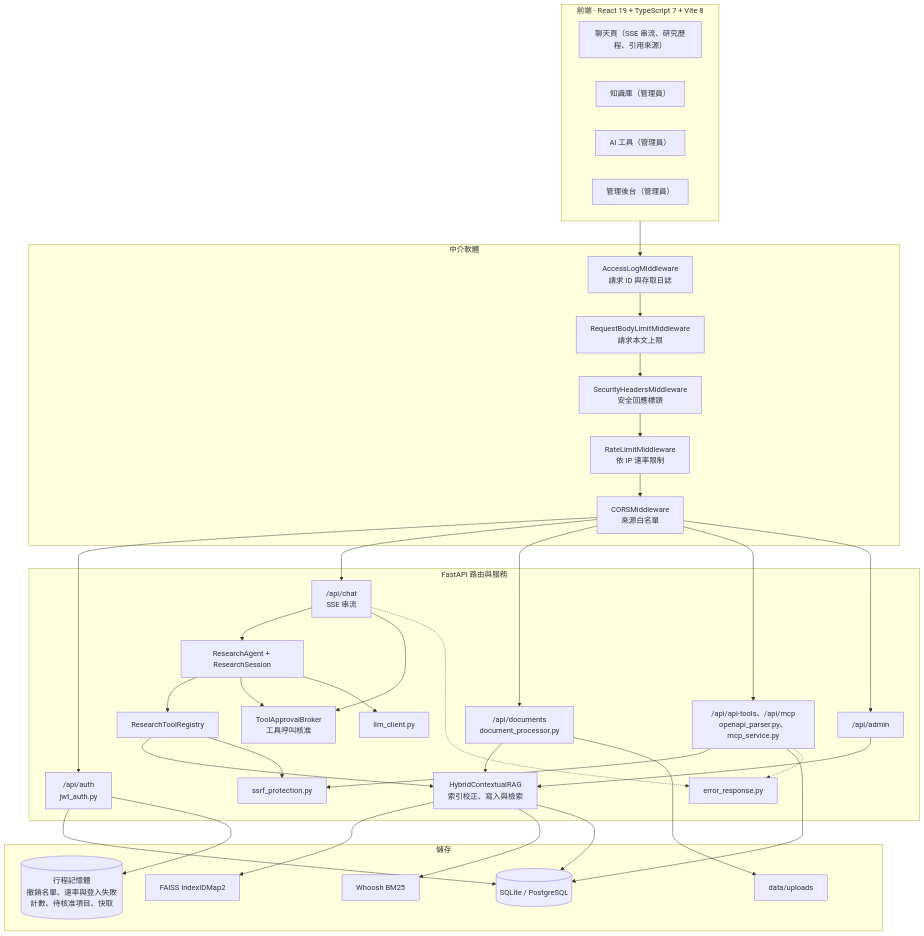
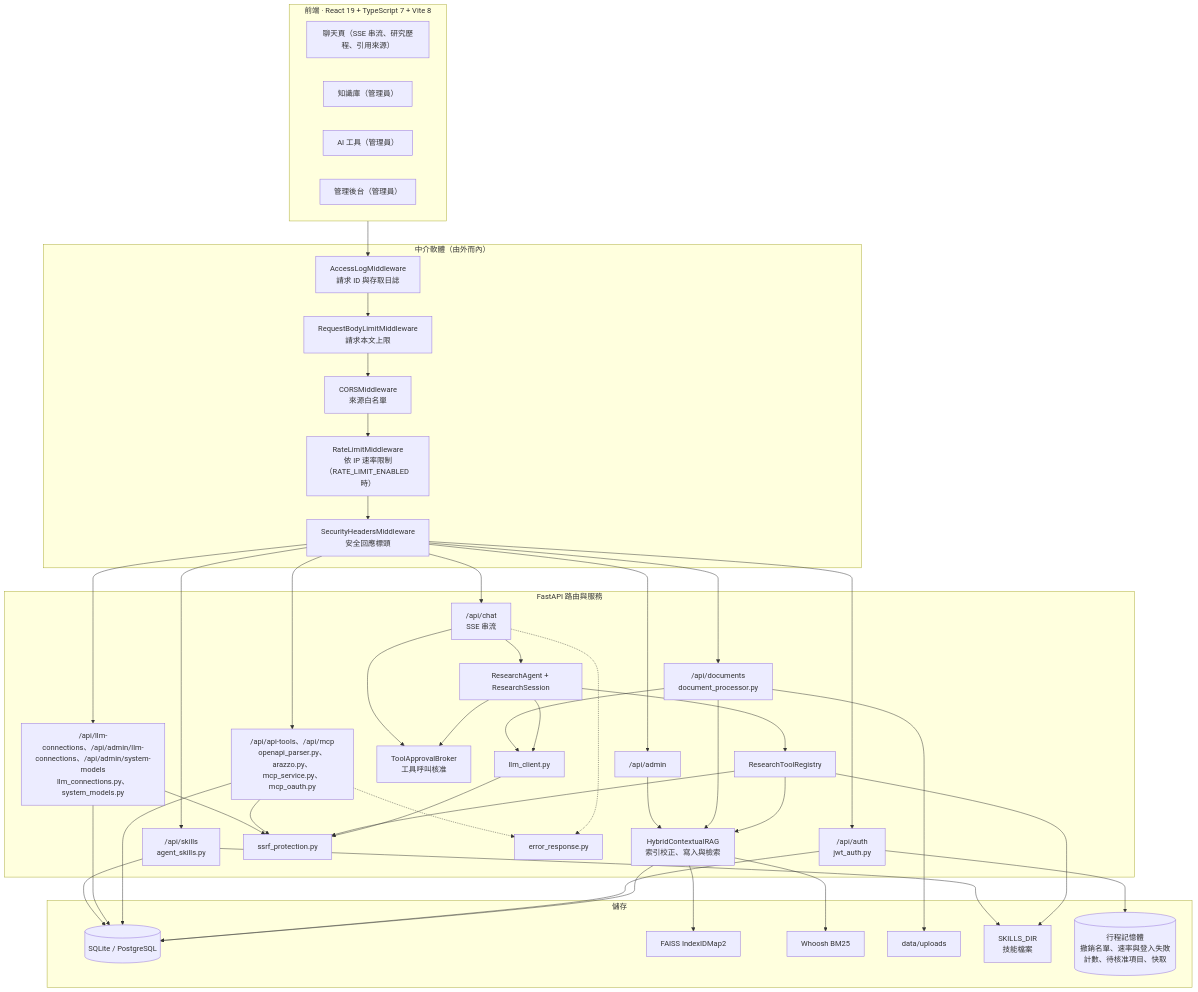
The first of 9 diagrams in docs/architecture.md (Scorpio-meow/AskMiao), drawn with Mermaid before and after one commit. The commit also changed other lines of this file and 336 other files, not shown here.

````diff
--- a/docs/architecture.md
+++ b/docs/architecture.md
@@ -30,60 +30,70 @@
 ```mermaid
 flowchart TB
     subgraph Client ["前端 · React 19 + TypeScript 7 + Vite 8"]
         ChatUI["聊天頁（SSE 串流、研究歷程、引用來源）"]
         DocsUI["知識庫（管理員）"]
         ToolsUI["AI 工具（管理員）"]
         AdminUI["管理後台（管理員）"]
     end
 
-    subgraph Gateway ["中介軟體"]
+    subgraph Gateway ["中介軟體（由外而內）"]
         AccessLog["AccessLogMiddleware<br/>請求 ID 與存取日誌"]
         BodyLimit["RequestBodyLimitMiddleware<br/>請求本文上限"]
+        CORS["CORSMiddleware<br/>來源白名單"]
+        RateLimit["RateLimitMiddleware<br/>依 IP 速率限制（RATE_LIMIT_ENABLED 時）"]
         SecHeaders["SecurityHeadersMiddleware<br/>安全回應標頭"]
-        RateLimit["RateLimitMiddleware<br/>依 IP 速率限制"]
-        CORS["CORSMiddleware<br/>來源白名單"]
     end
 
     subgraph Backend ["FastAPI 路由與服務"]
         AuthAPI["/api/auth<br/>jwt_auth.py"]
         ChatAPI["/api/chat<br/>SSE 串流"]
         DocAPI["/api/documents<br/>document_processor.py"]
-        ToolAPI["/api/api-tools、/api/mcp<br/>openapi_parser.py、mcp_service.py"]
+        ToolAPI["/api/api-tools、/api/mcp<br/>openapi_parser.py、arazzo.py、mcp_service.py、mcp_oauth.py"]
         AdminAPI["/api/admin"]
+        LlmConnAPI["/api/llm-connections、/api/admin/llm-connections、/api/admin/system-models<br/>llm_connections.py、system_models.py"]
+        SkillAPI["/api/skills<br/>agent_skills.py"]
         RAG["HybridContextualRAG<br/>索引校正、寫入與檢索"]
         Agent["ResearchAgent + ResearchSession"]
         Approval["ToolApprovalBroker<br/>工具呼叫核准"]
         Registry["ResearchToolRegistry"]
         LLM["llm_client.py"]
         SSRF["ssrf_protection.py"]
         Err["error_response.py"]
     end
 
     subgraph Storage ["儲存"]
         DB[("SQLite / PostgreSQL")]
         FAISS["FAISS IndexIDMap2"]
         BM25["Whoosh BM25"]
         Files["data/uploads"]
+        Skills["SKILLS_DIR<br/>技能檔案"]
         Mem[("行程記憶體<br/>撤銷名單、速率與登入失敗計數、待核准項目、快取")]
     end
 
-    Client --> AccessLog --> BodyLimit --> SecHeaders --> RateLimit --> CORS
-    CORS --> AuthAPI & ChatAPI & DocAPI & ToolAPI & AdminAPI
+    Client --> AccessLog --> BodyLimit --> CORS --> RateLimit --> SecHeaders
+    SecHeaders --> AuthAPI & ChatAPI & DocAPI & ToolAPI & AdminAPI & LlmConnAPI & SkillAPI
     ChatAPI --> Agent --> Registry
     Agent --> Approval
     ChatAPI --> Approval
     Agent --> LLM
+    DocAPI --> LLM
+    LLM --> SSRF
     Registry --> RAG
     Registry --> SSRF
+    Registry --> Skills
     ToolAPI --> SSRF
+    LlmConnAPI --> SSRF
     DocAPI --> RAG
     AdminAPI --> RAG
     RAG --> FAISS & BM25
     RAG --> DB
     DocAPI --> Files
     AuthAPI --> DB
     AuthAPI --> Mem
     ToolAPI --> DB
+    LlmConnAPI --> DB
+    SkillAPI --> DB
+    SkillAPI --> Skills
     ChatAPI -.-> Err
     ToolAPI -.-> Err
 ```
````
